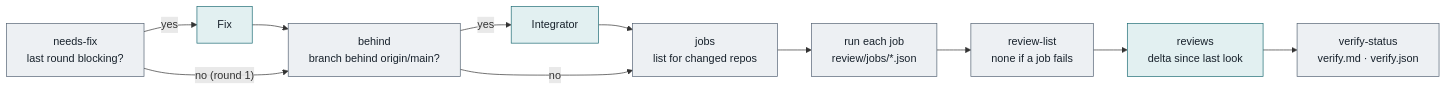
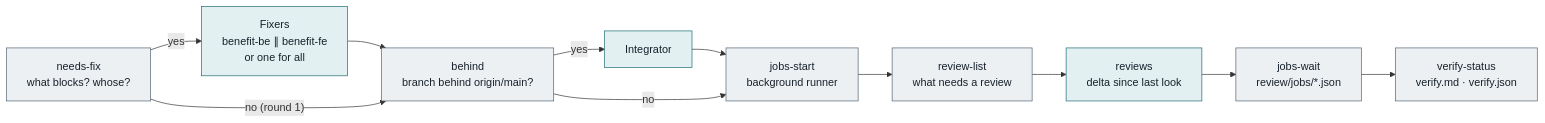
The third of 3 diagrams in docs/workflow-architecture.md (elinasarvari/ai-immersion-metarepo), drawn with Mermaid before and after one commit. The commit also changed other lines of this file and 18 other files, not shown here.

````diff
--- a/docs/workflow-architecture.md
+++ b/docs/workflow-architecture.md
@@ -118,20 +122,20 @@
 ```mermaid
 flowchart LR
-    nf["needs-fix<br/>last round blocking?"]:::script
-    fix["Fix"]:::ai
+    nf["needs-fix<br/>what blocks? whose?"]:::script
+    fix["Fixers<br/>benefit-be ∥ benefit-fe<br/>or one for all"]:::ai
     bh["behind<br/>branch behind origin/main?"]:::script
     ig["Integrator"]:::ai
-    jl["jobs<br/>list for changed repos"]:::script
-    run["run each job<br/>review/jobs/*.json"]:::script
-    rl["review-list<br/>none if a job fails"]:::script
+    js["jobs-start<br/>background runner"]:::script
+    rl["review-list<br/>what needs a review"]:::script
     rv["reviews<br/>delta since last look"]:::ai
+    jw["jobs-wait<br/>review/jobs/*.json"]:::script
     vs["verify-status<br/>verify.md · verify.json"]:::script
     nf -- yes --> fix --> bh
     nf -- "no (round 1)" --> bh
-    bh -- yes --> ig --> jl
-    bh -- no --> jl
-    jl --> run --> rl --> rv --> vs
+    bh -- yes --> ig --> js
+    bh -- no --> js
+    js --> rl --> rv --> jw --> vs
 
     classDef ai fill:#E2F0F1,stroke:#1D6B74,color:#17212B
     classDef script fill:#EDF0F3,stroke:#536273,color:#17212B
 ```
````
